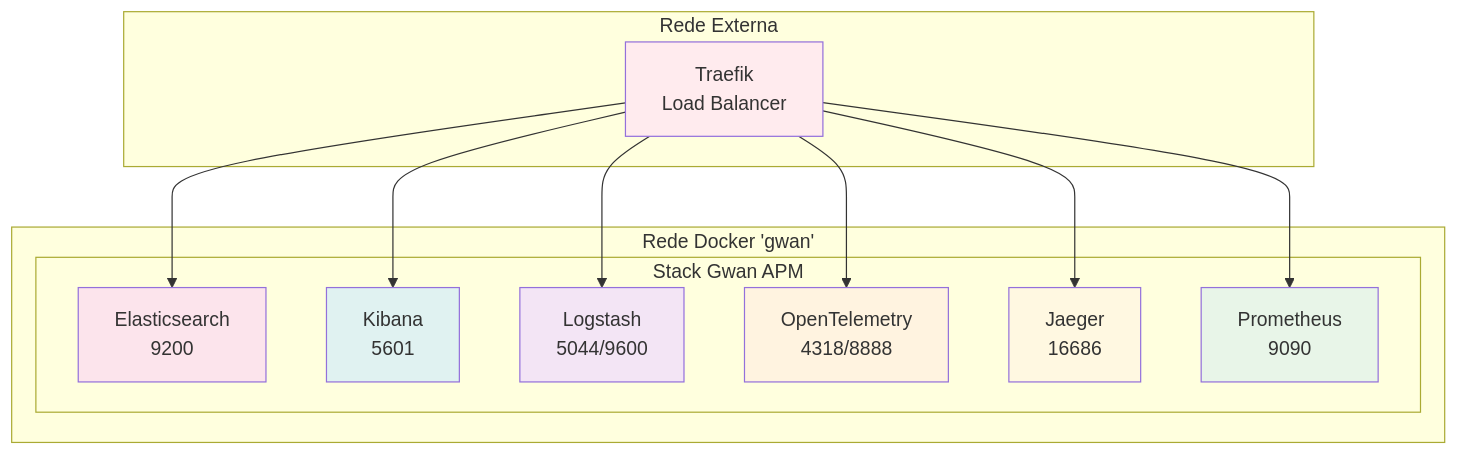
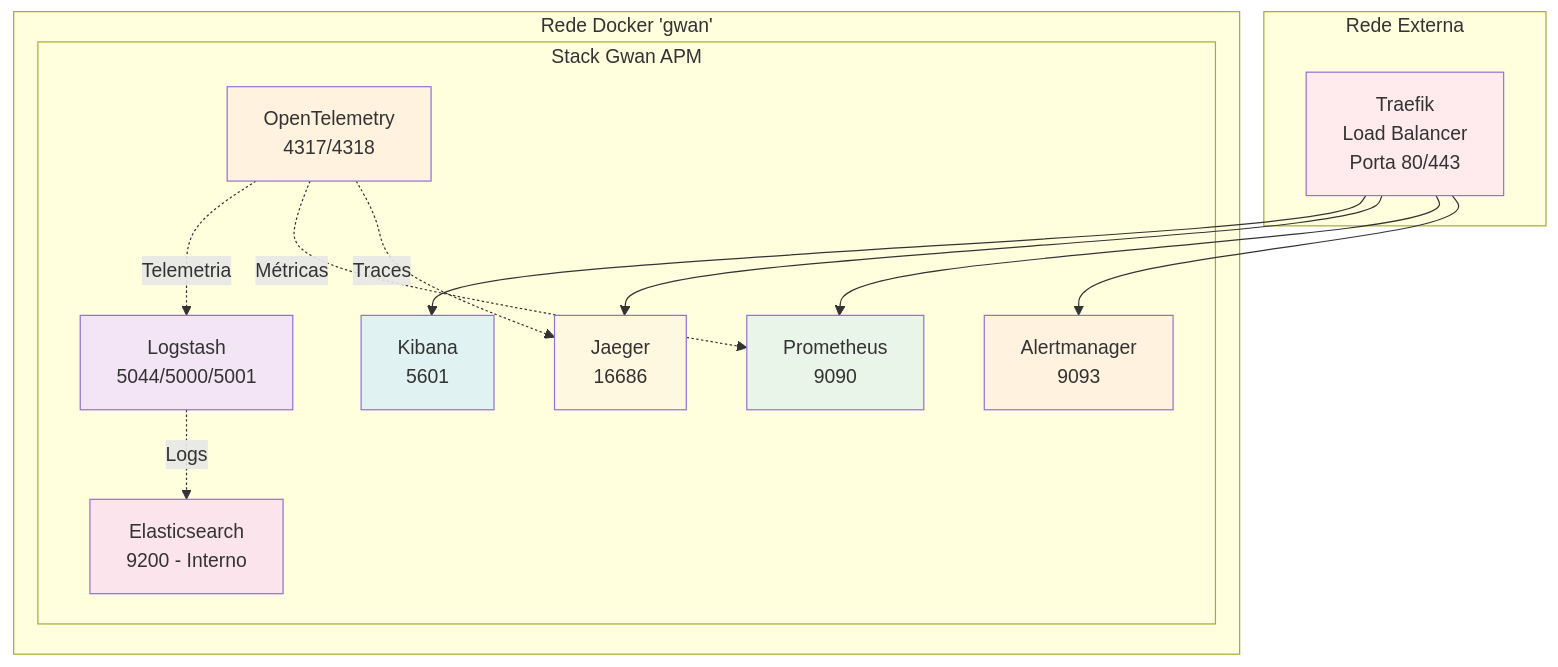
The fourth of 4 diagrams in README.md (rastamansp/gwan-logs), drawn with Mermaid before and after one commit. The commit also changed other lines of this file, not shown here.

Commit message:
docs: atualiza README com configurações do Traefik e novas URLs

````diff
--- a/README.md
+++ b/README.md
@@ -115,32 +124,37 @@
 ```mermaid
 graph TB
     subgraph "Rede Externa"
-        T[Traefik<br/>Load Balancer]
+        T[Traefik<br/>Load Balancer<br/>Porta 80/443]
     end
     
     subgraph "Rede Docker 'gwan'"
         subgraph "Stack Gwan APM"
-            ES[Elasticsearch<br/>9200]
+            ES[Elasticsearch<br/>9200 - Interno]
             K[Kibana<br/>5601]
-            LS[Logstash<br/>5044/9600]
-            OTEL[OpenTelemetry<br/>4318/8888]
+            LS[Logstash<br/>5044/5000/5001]
+            OTEL[OpenTelemetry<br/>4317/4318]
             J[Jaeger<br/>16686]
             P[Prometheus<br/>9090]
+            A[Alertmanager<br/>9093]
         end
     end
     
-    T --> ES
     T --> K
-    T --> LS
-    T --> OTEL
     T --> J
     T --> P
+    T --> A
+    
+    LS -.->|Logs| ES
+    OTEL -.->|Telemetria| LS
+    OTEL -.->|Métricas| P
+    OTEL -.->|Traces| J
     
     style T fill:#ffebee
     style ES fill:#fce4ec
     style K fill:#e0f2f1
     style LS fill:#f3e5f5
     style OTEL fill:#fff3e0
     style J fill:#fff8e1
     style P fill:#e8f5e8
+    style A fill:#fff3e0
 ```
````
